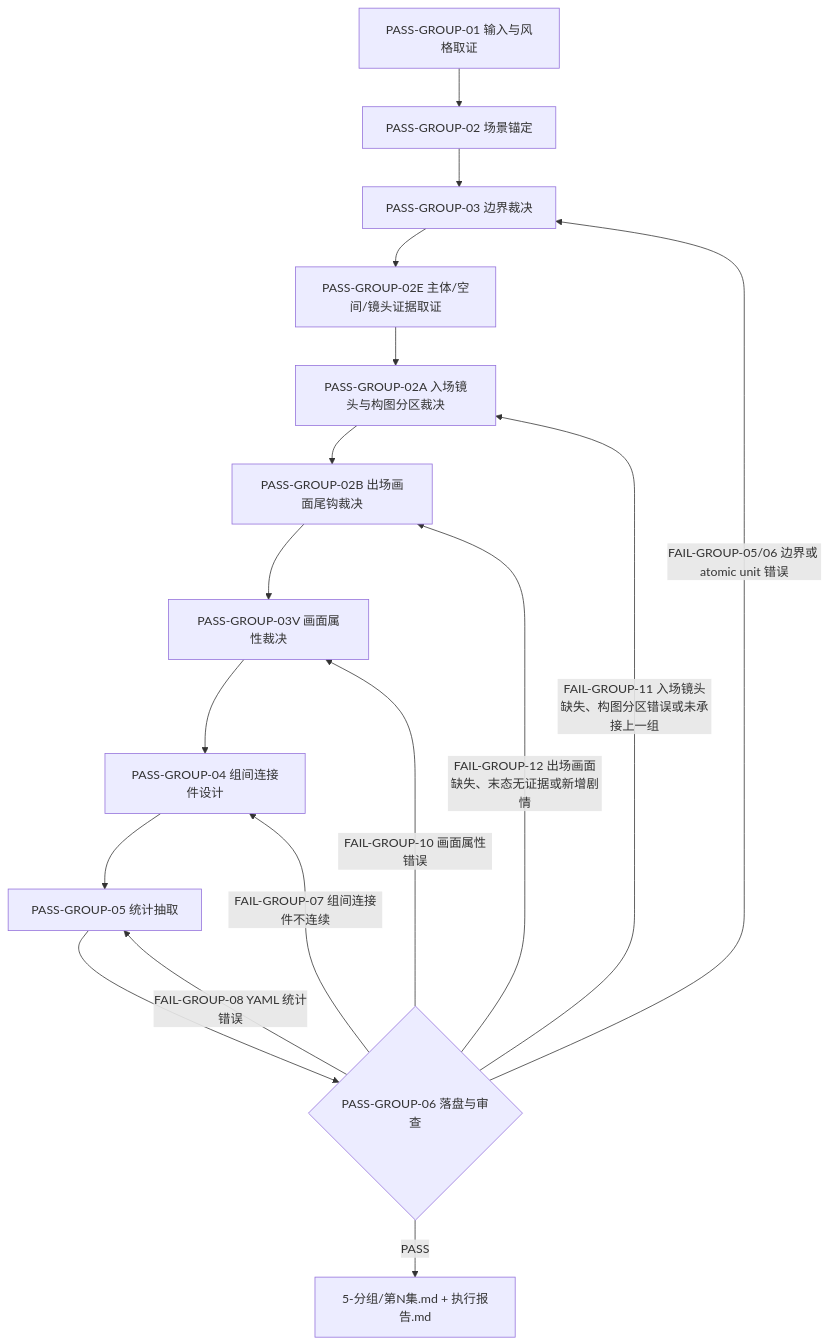
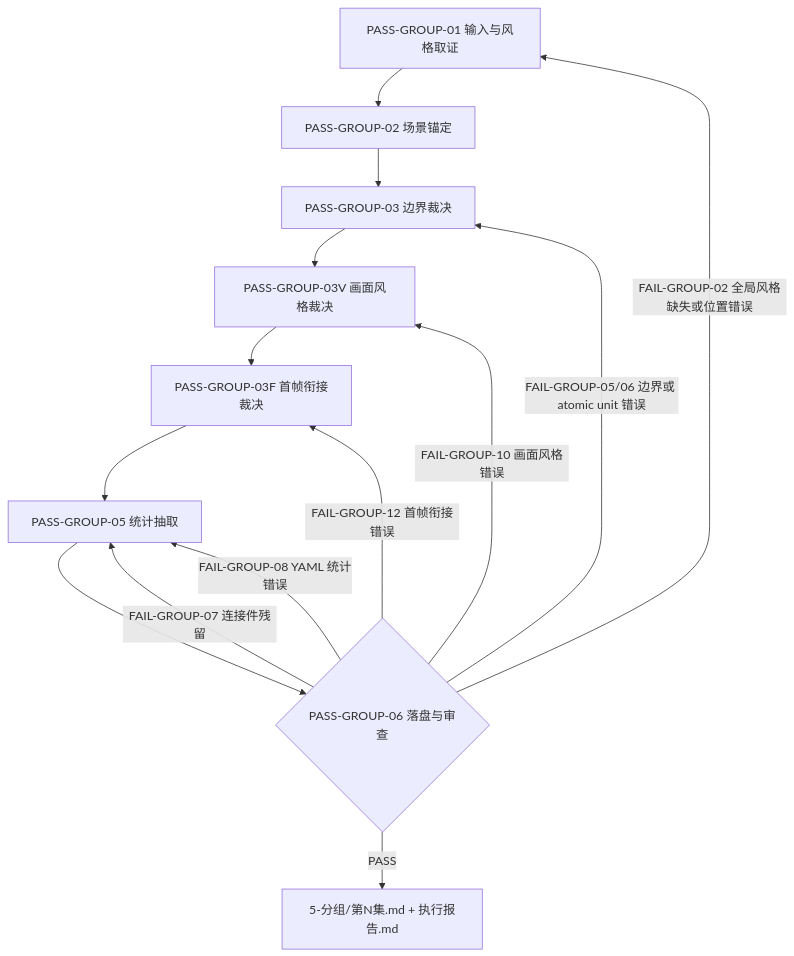
One commit to ZEN-VOID/AI-CUT changed the second of 2 diagrams in .agents/skills/aigc/5-分组/SKILL.md. Above: the diagram before and after it, drawn with Mermaid. The commit also changed other lines of this file and 240 other files, not shown here.

````diff
--- a/.agents/skills/aigc/5-分组/SKILL.md
+++ b/.agents/skills/aigc/5-分组/SKILL.md
@@ -116,19 +104,16 @@
 ```mermaid
 flowchart TD
     P1["PASS-GROUP-01 输入与风格取证"] --> P2["PASS-GROUP-02 场景锚定"]
     P2 --> P3["PASS-GROUP-03 边界裁决"]
-    P3 --> P2E["PASS-GROUP-02E 主体/空间/镜头证据取证"]
-    P2E --> P2A["PASS-GROUP-02A 入场镜头与构图分区裁决"]
-    P2A --> P2B["PASS-GROUP-02B 出场画面尾钩裁决"]
-    P2B --> P3V["PASS-GROUP-03V 画面属性裁决"]
-    P3V --> P4["PASS-GROUP-04 组间连接件设计"]
-    P4 --> P5["PASS-GROUP-05 统计抽取"]
+    P3 --> P3V["PASS-GROUP-03V 画面风格裁决"]
+    P3V --> P3F["PASS-GROUP-03F 首帧衔接裁决"]
+    P3F --> P5["PASS-GROUP-05 统计抽取"]
     P5 --> P6{"PASS-GROUP-06 落盘与审查"}
     P6 -->|"PASS"| O["5-分组/第N集.md + 执行报告.md"]
-    P6 -->|"FAIL-GROUP-11 入场镜头缺失、构图分区错误或未承接上一组"| P2A
-    P6 -->|"FAIL-GROUP-12 出场画面缺失、末态无证据或新增剧情"| P2B
-    P6 -->|"FAIL-GROUP-10 画面属性错误"| P3V
+    P6 -->|"FAIL-GROUP-02 全局风格缺失或位置错误"| P1
+    P6 -->|"FAIL-GROUP-10 画面风格错误"| P3V
+    P6 -->|"FAIL-GROUP-12 首帧衔接错误"| P3F
     P6 -->|"FAIL-GROUP-05/06 边界或 atomic unit 错误"| P3
-    P6 -->|"FAIL-GROUP-07 组间连接件不连续"| P4
+    P6 -->|"FAIL-GROUP-07 连接件残留"| P5
     P6 -->|"FAIL-GROUP-08 YAML 统计错误"| P5
 ```
````
